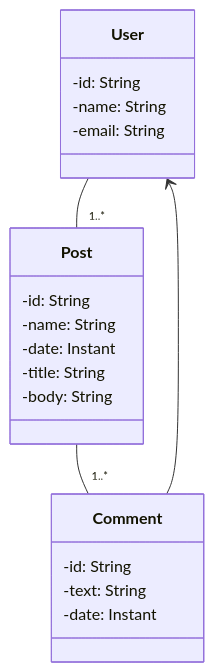
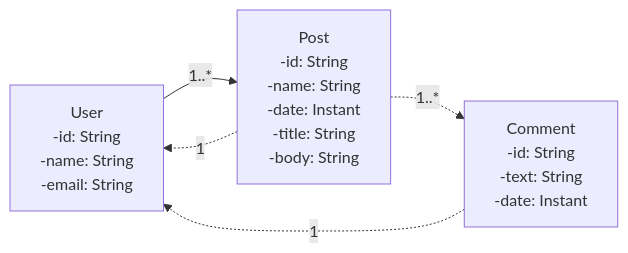
Before and after one commit to do5-5anto5/spring-boot-mongodb: the diagram in README.md, drawn with Mermaid.

Commit message:
README Update

````diff
--- a/README.md
+++ b/README.md
@@ -4,24 +4,11 @@
 ```mermaid
-classDiagram
-  class User {
-    -id: String
-    -name: String
-    -email: String    
-  }
-  class Post {
-    -id: String
-    -name: String
-    -date: Instant
-    -title: String
-    -body: String
-  }
-  class Comment {
-    -id: String
-    -text: String
-    -date: Instant
-  }
+graph LR
+  User["User<br/>-id: String<br/>-name: String<br/>-email: String"]
+  Post["Post<br/>-id: String<br/>-name: String<br/>-date: Instant<br/>-title: String<br/>-body: String"]
+  Comment["Comment<br/>-id: String<br/>-text: String<br/>-date: Instant"]
 
-  User -- "1..*" Post
-  Post -- "1..*" Comment
-  Comment --> User
+  User --> |1..*| Post
+  Post -.->|1..*| Comment
+  Post -.->|1| User
+  Comment -.->|1| User
 ```
````
